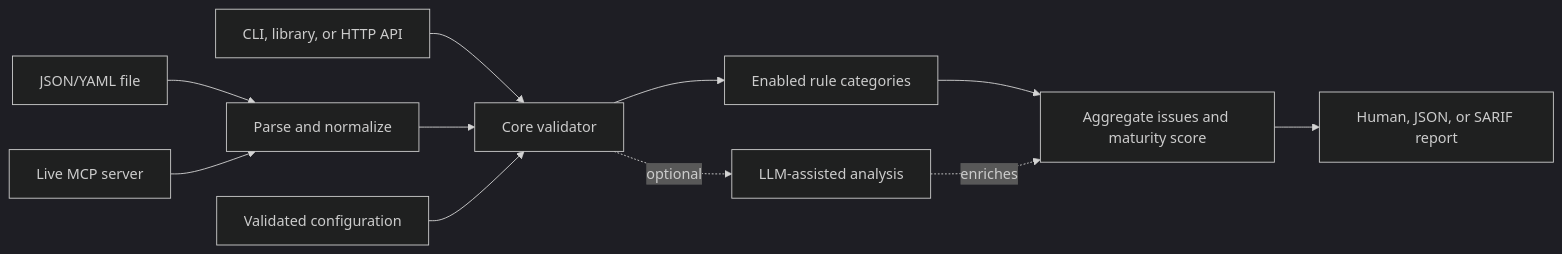
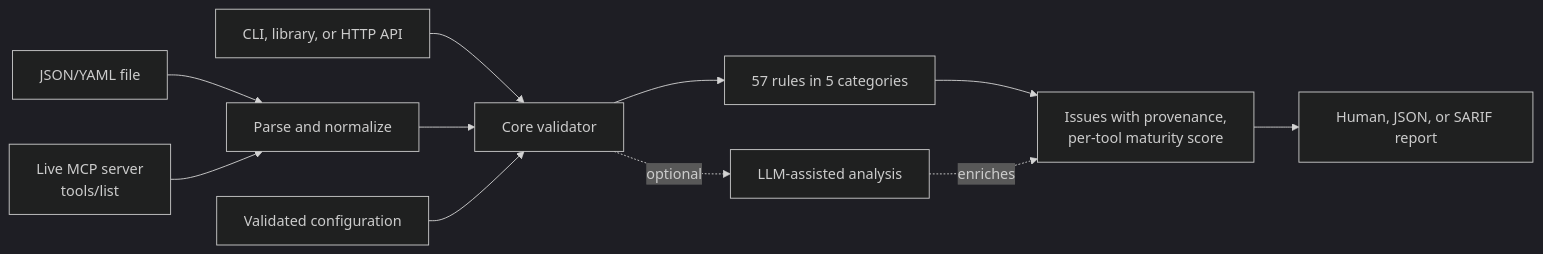
One commit to chief-builder/mcp_tool_description_validator changed the first of 2 diagrams in README.md. Above: the diagram before and after it, drawn with Mermaid (dark theme). The commit also changed other lines of this file, not shown here.

````diff
--- a/README.md
+++ b/README.md
@@ -27,13 +70,13 @@
 ```mermaid
 flowchart LR
   F[JSON/YAML file] --> P[Parse and normalize]
-  S[Live MCP server] --> P
+  S[Live MCP server<br/>tools/list] --> P
   C[CLI, library, or HTTP API] --> V[Core validator]
   P --> V
   CFG[Validated configuration] --> V
-  V --> R[Enabled rule categories]
-  R --> A[Aggregate issues and maturity score]
+  V --> R[57 rules in 5 categories]
+  R --> A[Issues with provenance,<br/>per-tool maturity score]
   A --> O[Human, JSON, or SARIF report]
   V -. optional .-> L[LLM-assisted analysis]
   L -. enriches .-> A
 ```
````
